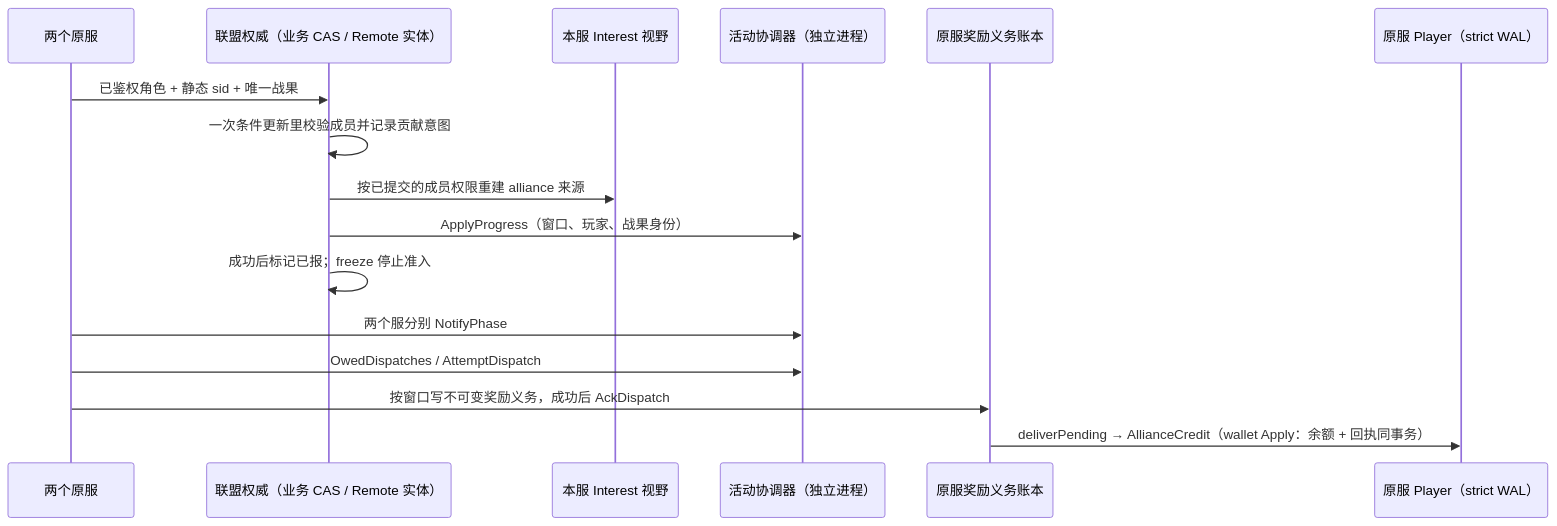
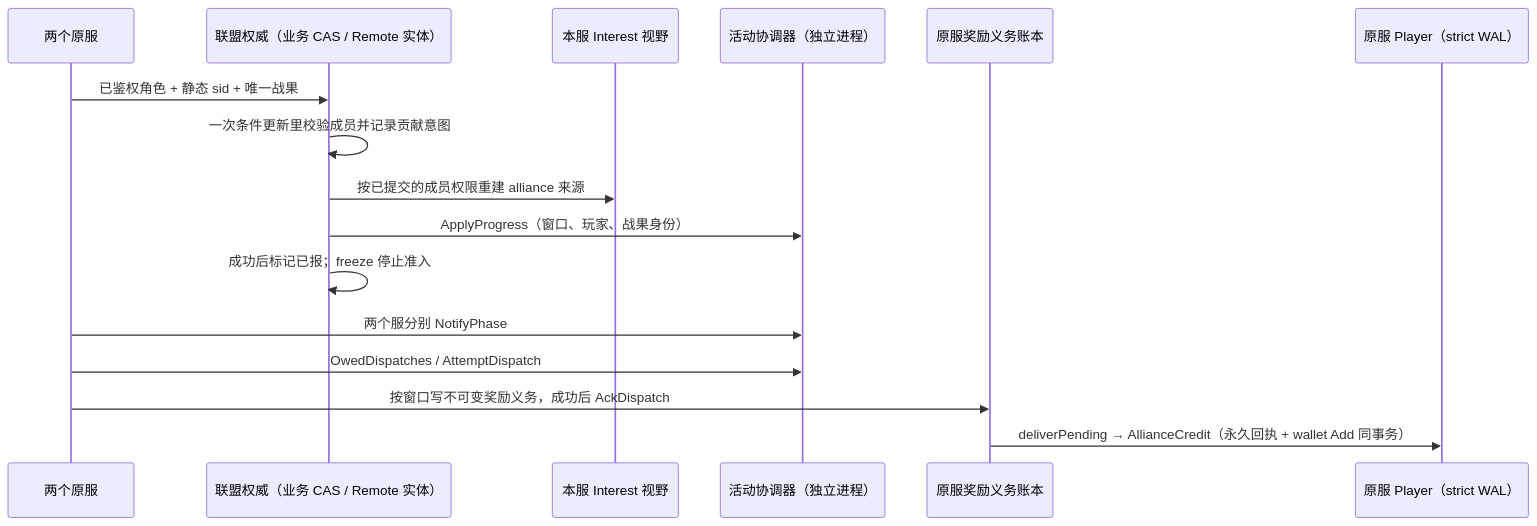
The second of 2 diagrams in docs/framework/SLG-INTEGRATION.md (tjbdwanghaibo/roost-core), drawn with Mermaid before and after one commit. The commit also changed other lines of this file and 13 other files, not shown here.

First line of the commit message:
fix(genre)：SLG 原服奖励到账恢复 Player 永久回执，入账改回 Wallet().Add

````diff
--- a/docs/framework/SLG-INTEGRATION.md
+++ b/docs/framework/SLG-INTEGRATION.md
@@ -200,18 +204,18 @@
 ```mermaid
 sequenceDiagram
     participant H as 两个原服
     participant A as 联盟权威（业务 CAS / Remote 实体）
     participant V as 本服 Interest 视野
     participant C as 活动协调器（独立进程）
     participant R as 原服奖励义务账本
     participant P as 原服 Player（strict WAL）
     H->>A: 已鉴权角色 + 静态 sid + 唯一战果
     A->>A: 一次条件更新里校验成员并记录贡献意图
     A->>V: 按已提交的成员权限重建 alliance 来源
     A->>C: ApplyProgress（窗口、玩家、战果身份）
     A->>A: 成功后标记已报；freeze 停止准入
     H->>C: 两个服分别 NotifyPhase
     H->>C: OwedDispatches / AttemptDispatch
     H->>R: 按窗口写不可变奖励义务，成功后 AckDispatch
-    R->>P: deliverPending → AllianceCredit（wallet Apply：余额 + 回执同事务）
+    R->>P: deliverPending → AllianceCredit（永久回执 + wallet Add 同事务）
 ```
````
